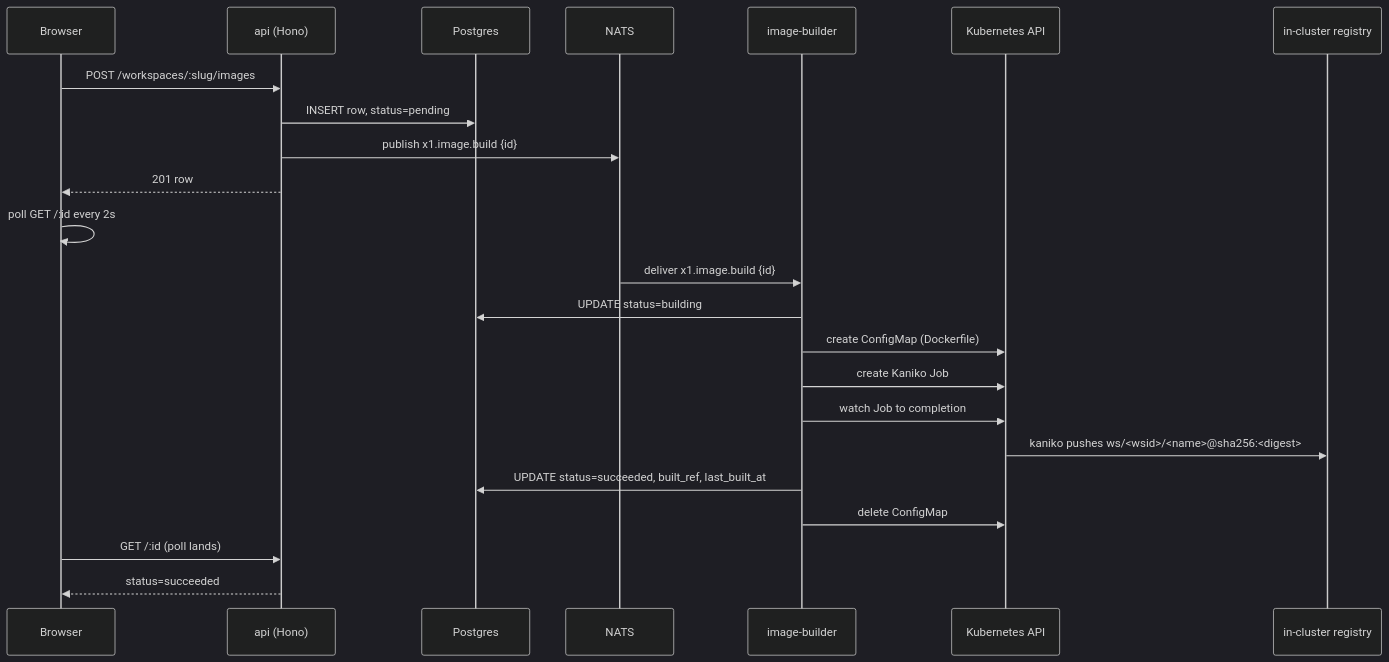
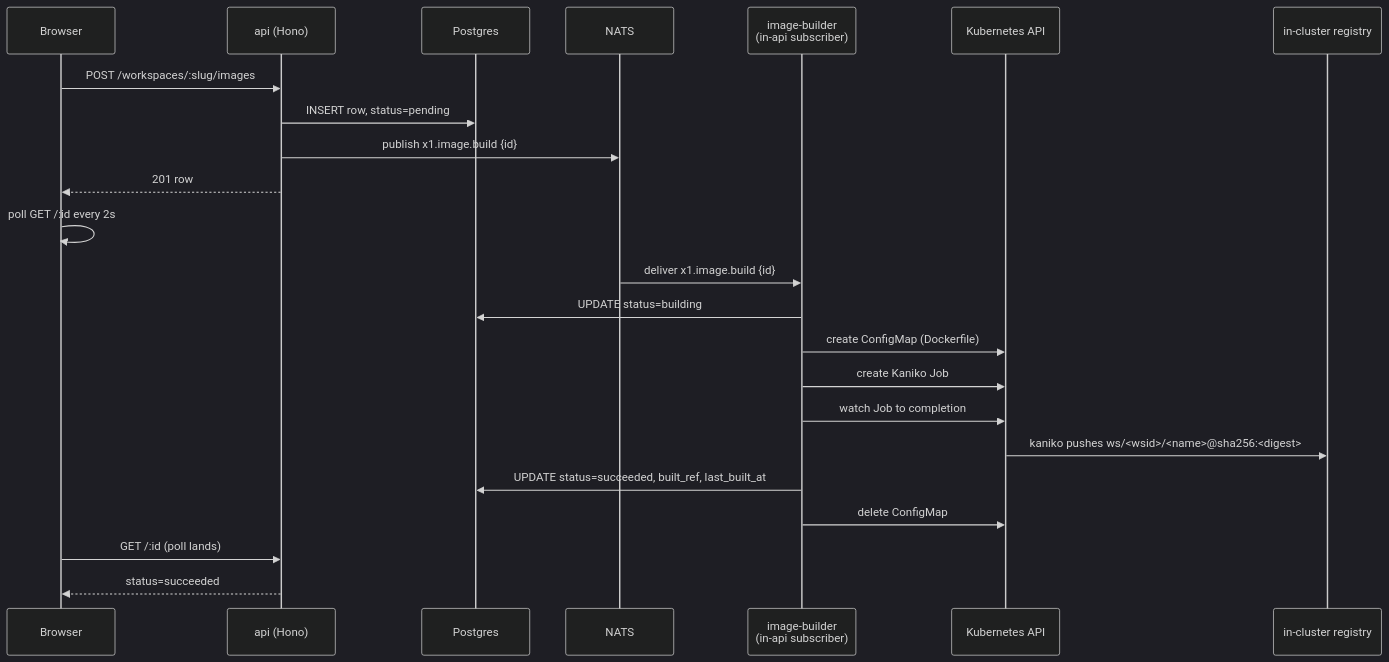
Before and after one commit to x1agent/x1agent: the diagram in docs/src/content/docs/architecture/image-catalog.md, drawn with Mermaid (dark theme). The commit also changed other lines of this file and 13 other files, not shown here.

````diff
--- a/docs/src/content/docs/architecture/image-catalog.md
+++ b/docs/src/content/docs/architecture/image-catalog.md
@@ -133,26 +133,26 @@
 ```mermaid
 sequenceDiagram
   participant UI as Browser
   participant API as api (Hono)
   participant DB as Postgres
   participant N as NATS
-  participant W as image-builder
+  participant W as image-builder<br/>(in-api subscriber)
   participant K8s as Kubernetes API
   participant Reg as in-cluster registry
 
   UI->>API: POST /workspaces/:slug/images
   API->>DB: INSERT row, status=pending
   API->>N: publish x1.image.build {id}
   API-->>UI: 201 row
   UI->>UI: poll GET /:id every 2s
   N->>W: deliver x1.image.build {id}
   W->>DB: UPDATE status=building
   W->>K8s: create ConfigMap (Dockerfile)
   W->>K8s: create Kaniko Job
   W->>K8s: watch Job to completion
   K8s->>Reg: kaniko pushes ws/<wsid>/<name>@sha256:<digest>
   W->>DB: UPDATE status=succeeded, built_ref, last_built_at
   W->>K8s: delete ConfigMap
   UI->>API: GET /:id (poll lands)
   API-->>UI: status=succeeded
 ```
````
